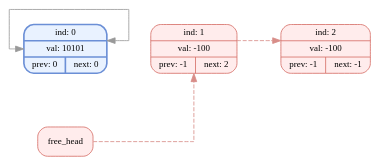
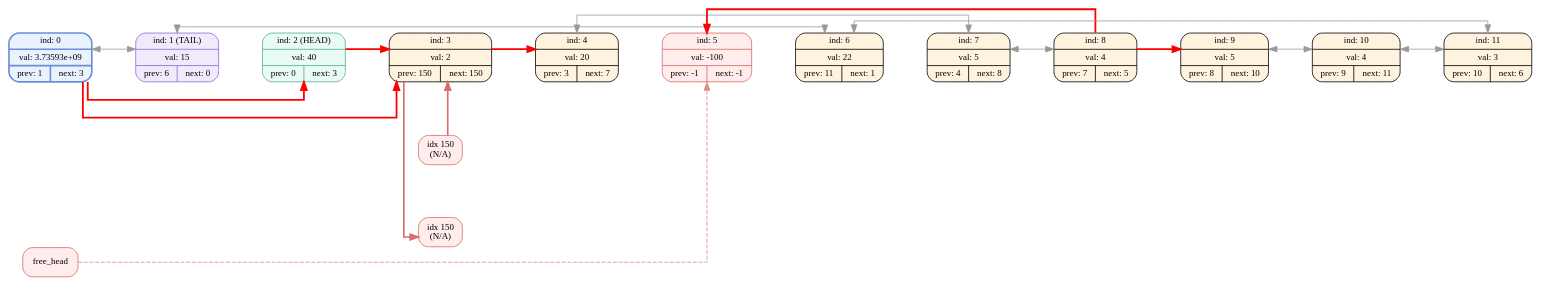
Before and after one commit to EvilTomato9890/DEAD_List: the diagram in dumps/dump_010.dot, drawn with Graphviz. The commit also changed 20 other files, not shown here.

```diff
--- a/dumps/dump_010.dot
+++ b/dumps/dump_010.dot
@@ -1,16 +1,53 @@
 digraph G{
   rankdir=LR;
   splines=ortho;
   nodesep=0.9;
   ranksep=0.75;
   node [fontname="Fira Mono",shape=record,style="filled,rounded",fontsize=11];
-  node_0[shape=record,label="ind: 0 | val: 10101 | { prev: 0 | next: 0 }",color="#6b8fd6",style="filled,bold,rounded",fillcolor="#e9f2ff"];
-  node_1[shape=record,label=" ind: 1 | val: -100 | { prev: -1 | next: 2 } ",style="filled,rounded",color="#d66d66",fillcolor="#ffecec"];
-  node_2[shape=record,label=" ind: 2 | val: -100 | { prev: -1 | next: -1 } ",style="filled,rounded",color="#d66d66",fillcolor="#ffecec"];
+  node_0[shape=record,label="ind: 0 | val: 3.73593e+09 | { prev: 1 | next: 3 }",color="#6b8fd6",style="filled,bold,rounded",fillcolor="#e9f2ff"];
+  node_1[shape=record,label=" ind: 1 (TAIL) | val: 15 | { prev: 6 | next: 0 } ",color="#8e6bd6",fillcolor="#f1eafd"];
+  node_2[shape=record,label=" ind: 2 (HEAD) | val: 40 | { prev: 0 | next: 3 } ",color="#5aa99b",fillcolor="#e9fbf5"];
+  node_3[shape=record,label=" ind: 3 | val: 2 | { prev: 150 | next: 150 } ",color="#000000",fillcolor="#fff3e0"];
+  node_4[shape=record,label=" ind: 4 | val: 20 | { prev: 3 | next: 7 } ",color="#000000",fillcolor="#fff3e0"];
+  node_5[shape=record,label=" ind: 5 | val: -100 | { prev: -1 | next: -1 } ",style="filled,rounded",color="#d66d66",fillcolor="#ffecec"];
+  node_6[shape=record,label=" ind: 6 | val: 22 | { prev: 11 | next: 1 } ",color="#000000",fillcolor="#fff3e0"];
+  node_7[shape=record,label=" ind: 7 | val: 5 | { prev: 4 | next: 8 } ",color="#000000",fillcolor="#fff3e0"];
+  node_8[shape=record,label=" ind: 8 | val: 4 | { prev: 7 | next: 5 } ",color="#000000",fillcolor="#fff3e0"];
+  node_9[shape=record,label=" ind: 9 | val: 5 | { prev: 8 | next: 10 } ",color="#000000",fillcolor="#fff3e0"];
+  node_10[shape=record,label=" ind: 10 | val: 4 | { prev: 9 | next: 11 } ",color="#000000",fillcolor="#fff3e0"];
+  node_11[shape=record,label=" ind: 11 | val: 3 | { prev: 10 | next: 6 } ",color="#000000",fillcolor="#fff3e0"];
   node_0 -> node_1 [weight=1000,style=invis];
   node_1 -> node_2 [weight=1000,style=invis];
-  node_1 -> node_2 [color="#d88d88", style=dashed, constraint=false];
-  node_0 -> node_0 [dir=both, color="#999999", constraint=false];
+  node_2 -> node_3 [weight=1000,style=invis];
+  node_3 -> node_4 [weight=1000,style=invis];
+  node_4 -> node_5 [weight=1000,style=invis];
+  node_5 -> node_6 [weight=1000,style=invis];
+  node_6 -> node_7 [weight=1000,style=invis];
+  node_7 -> node_8 [weight=1000,style=invis];
+  node_8 -> node_9 [weight=1000,style=invis];
+  node_9 -> node_10 [weight=1000,style=invis];
+  node_10 -> node_11 [weight=1000,style=invis];
+  node_0 -> node_3 [color="#ff0000", penwidth=2.2, constraint=false];
+  node_1 -> node_0 [dir=both, color="#999999", constraint=false];
+  node_2 -> node_3 [color="#ff0000", penwidth=2.2, constraint=false];
+  node_bad_n_3 [label="idx 150\n(N/A)",shape=rectangle,style="filled,rounded",color="#d66d66",fillcolor="#ffecec"];
+  node_3 -> node_bad_n_3 [style="bold", color="#d66d66", constraint=false];
+  node_3 -> node_bad_n_3 [style=invis, constraint=true, weight=60, minlen=1];
+  {rank=same; node_3; node_bad_n_3;}
+  node_4 -> node_7 [dir=both, color="#999999", constraint=false];
+  node_6 -> node_1 [dir=both, color="#999999", constraint=false];
+  node_7 -> node_8 [dir=both, color="#999999", constraint=false];
+  node_8 -> node_5 [color="#ff0000", penwidth=2.2, constraint=false];
+  node_9 -> node_10 [dir=both, color="#999999", constraint=false];
+  node_10 -> node_11 [dir=both, color="#999999", constraint=false];
+  node_11 -> node_6 [dir=both, color="#999999", constraint=false];
+  node_0 -> node_2 [color="#ff0000", penwidth=2.2, constraint=false];
+  node_bad_p_3 [label="idx 150\n(N/A)",shape=rectangle,style="filled,rounded",color="#d66d66",fillcolor="#ffecec"];
+  node_bad_p_3 -> node_3 [style="bold", color="#d66d66", constraint=false];
+  node_3 -> node_bad_p_3 [style=invis, constraint=true, weight=60, minlen=1];
+  {rank=same; node_3; node_bad_p_3;}
+  node_3 -> node_4 [color="#ff0000", penwidth=2.2, constraint=false];
+  node_8 -> node_9 [color="#ff0000", penwidth=2.2, constraint=false];
   node_free [label=free_head,color="#d66d66",shape=rectangle,style="filled,rounded",fillcolor="#ffecec"];
-  node_free -> node_1 [color="#d88d88", style=dashed, constraint=false];
+  node_free -> node_5 [color="#d88d88", style=dashed, constraint=false];
 }
```
